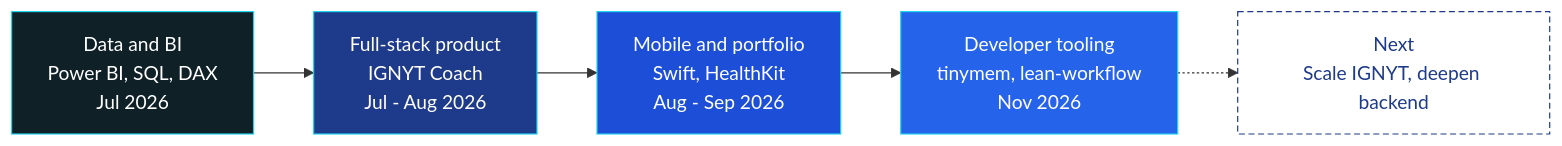
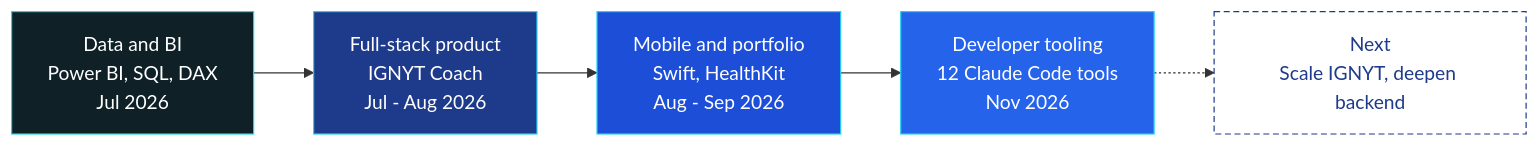
One commit to varun642002/varun642002 changed the diagram in README.md. Above: the diagram before and after it, drawn with Mermaid. The commit also changed other lines of this file, not shown here.

First line of the commit message:
Show all twelve Claude Code tools, not three

````diff
--- a/README.md
+++ b/README.md
@@ -136,13 +180,13 @@
 ```mermaid
 flowchart LR
     A["Data and BI<br/>Power BI, SQL, DAX<br/>Jul 2026"] --> B["Full-stack product<br/>IGNYT Coach<br/>Jul - Aug 2026"]
     B --> C["Mobile and portfolio<br/>Swift, HealthKit<br/>Aug - Sep 2026"]
-    C --> D["Developer tooling<br/>tinymem, lean-workflow<br/>Nov 2026"]
+    C --> D["Developer tooling<br/>12 Claude Code tools<br/>Nov 2026"]
     D -.-> E["Next<br/>Scale IGNYT, deepen backend"]
 
     style A fill:#0f2027,stroke:#22d3ee,color:#ffffff
     style B fill:#1e3a8a,stroke:#22d3ee,color:#ffffff
     style C fill:#1d4ed8,stroke:#22d3ee,color:#ffffff
     style D fill:#2563eb,stroke:#22d3ee,color:#ffffff
     style E fill:#ffffff,stroke:#1e3a8a,stroke-dasharray:5 3,color:#1e3a8a
 ```
````
